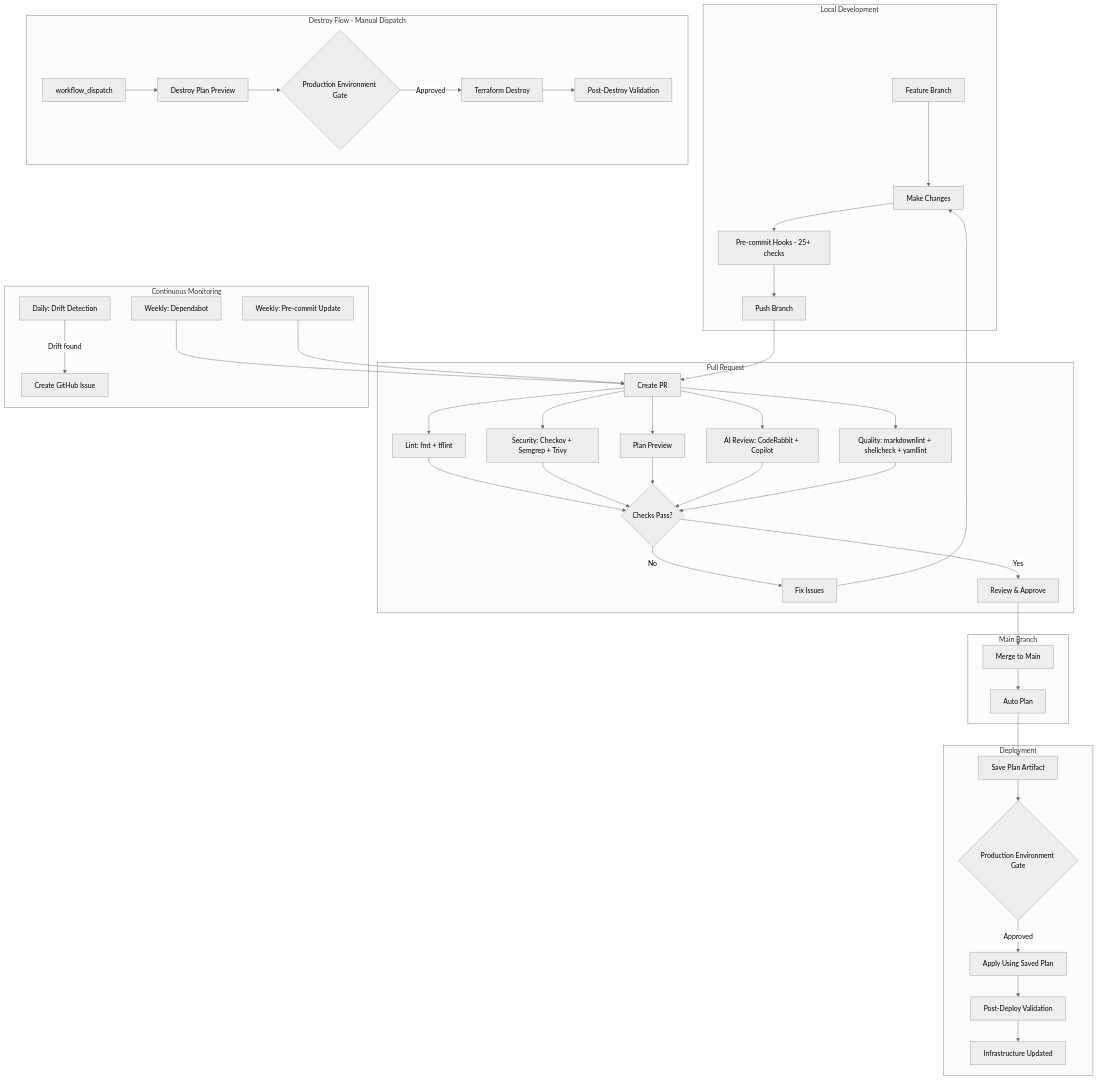
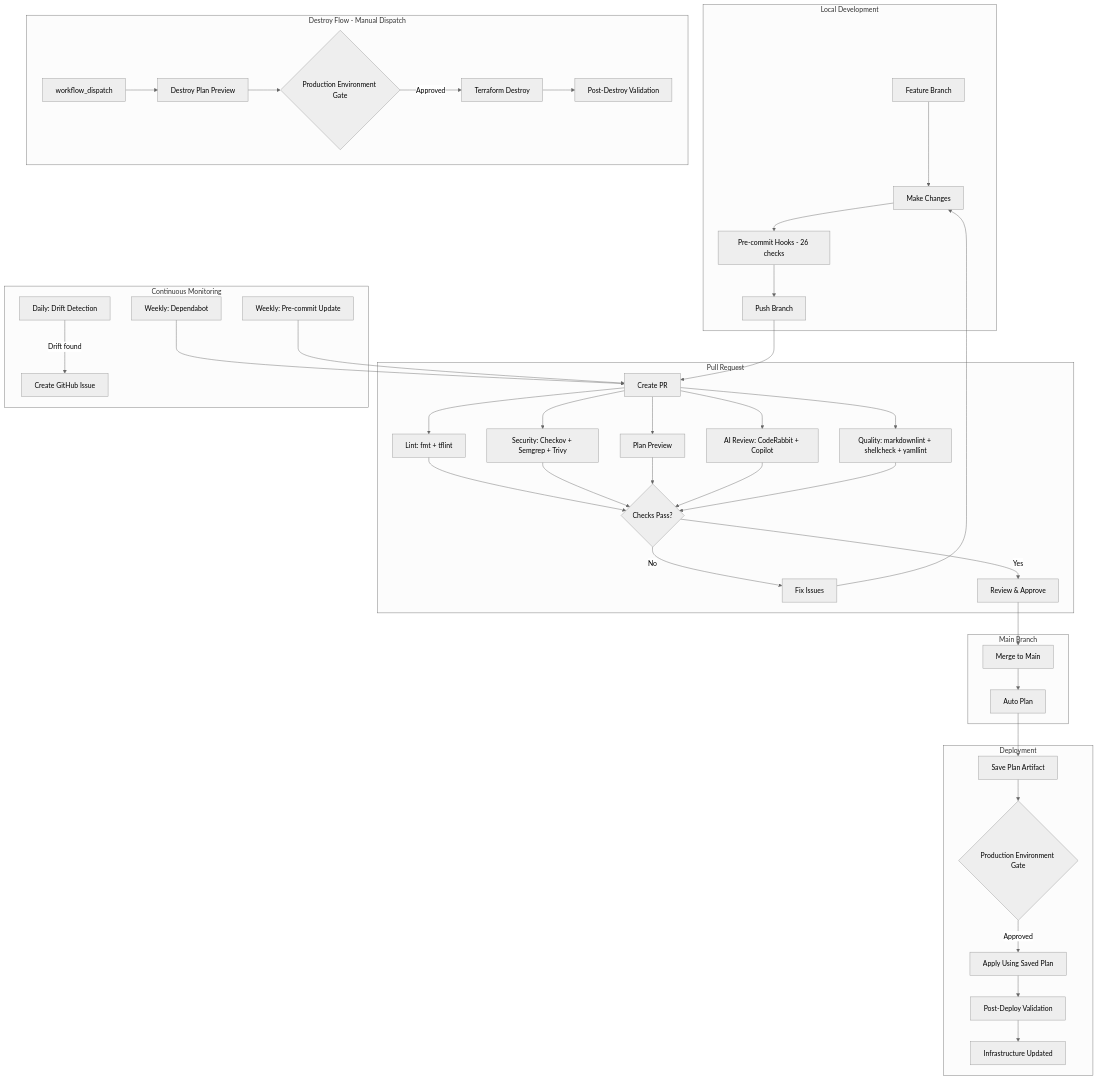
One commit to gamaware/aws-organization-governance changed the diagram in docs/architecture.md. Above: the diagram before and after it, drawn with Mermaid (neutral theme). The commit also changed other lines of this file, not shown here.

Commit message:
docs: fix hook count to exact 26 in architecture docs

````diff
--- a/docs/architecture.md
+++ b/docs/architecture.md
@@ -138,47 +138,47 @@
 ```mermaid
 graph TB
     subgraph "Local Development"
         A[Feature Branch] --> B[Make Changes]
-        B --> C[Pre-commit Hooks - 25+ checks]
+        B --> C[Pre-commit Hooks - 26 checks]
         C --> D[Push Branch]
     end
 
     subgraph "Pull Request"
         D --> E[Create PR]
         E --> F1[Lint: fmt + tflint]
         E --> F2[Security: Checkov + Semgrep + Trivy]
         E --> F3[Plan Preview]
         E --> F4[AI Review: CodeRabbit + Copilot]
         E --> F5[Quality: markdownlint + shellcheck + yamllint]
         F1 & F2 & F3 & F4 & F5 --> G{Checks Pass?}
         G -->|No| H[Fix Issues]
         H --> B
         G -->|Yes| I[Review & Approve]
     end
 
     subgraph "Main Branch"
         I --> J[Merge to Main]
         J --> K[Auto Plan]
     end
 
     subgraph "Deployment"
         K --> L[Save Plan Artifact]
         L --> M{Production Environment Gate}
         M -->|Approved| N[Apply Using Saved Plan]
         N --> O[Post-Deploy Validation]
         O --> P[Infrastructure Updated]
     end
 
     subgraph "Destroy Flow - Manual Dispatch"
         Q[workflow_dispatch] --> R[Destroy Plan Preview]
         R --> S{Production Environment Gate}
         S -->|Approved| T[Terraform Destroy]
         T --> U[Post-Destroy Validation]
     end
 
     subgraph "Continuous Monitoring"
         V[Daily: Drift Detection] -->|Drift found| W[Create GitHub Issue]
         X[Weekly: Dependabot] --> E
         Y[Weekly: Pre-commit Update] --> E
     end
 ```
````
